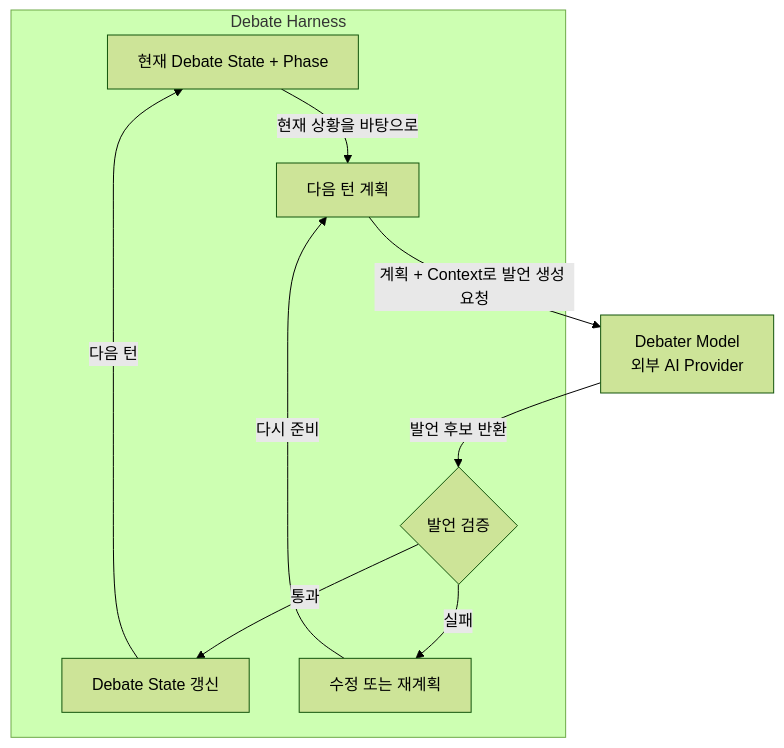
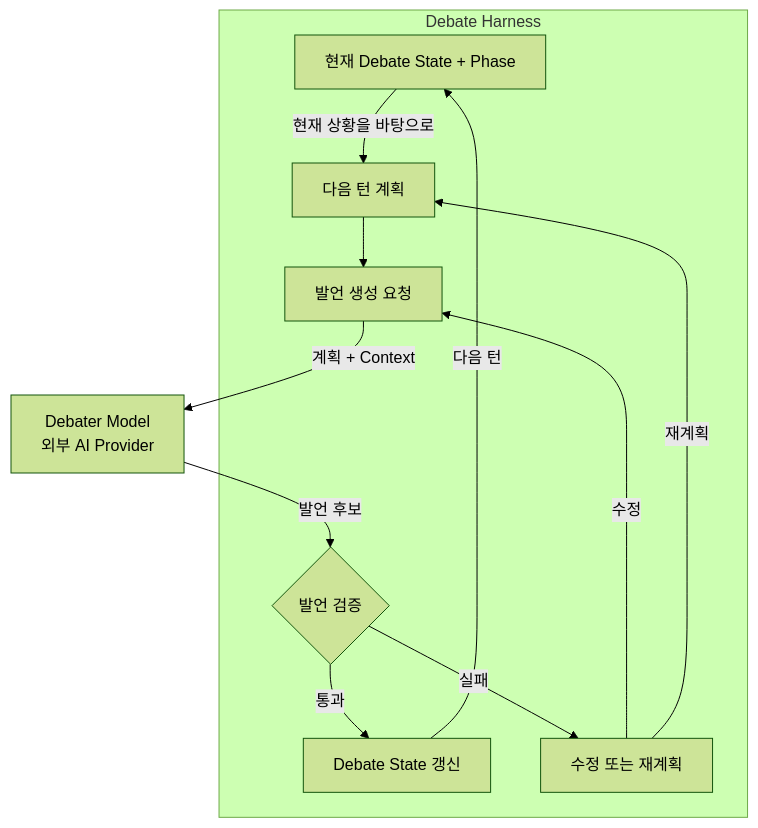
One commit to hodob/A1-3 changed the fourth of 10 diagrams in README.md. Above: the diagram before and after it, drawn with Mermaid (forest theme).

Commit message:
docs: refine Harness generation and retry flow

````diff
--- a/README.md
+++ b/README.md
@@ -197,19 +197,22 @@
 ```mermaid
 flowchart TD
     subgraph H[Debate Harness]
         S[현재 Debate State + Phase]
         P[다음 턴 계획]
+        G[발언 생성 요청]
         V{발언 검증}
         U[Debate State 갱신]
         R[수정 또는 재계획]
 
         S -->|현재 상황을 바탕으로| P
+        P --> G
         V -->|통과| U
         U -->|다음 턴| S
         V -->|실패| R
-        R -->|다시 준비| P
+        R -->|수정| G
+        R -->|재계획| P
     end
 
-    P -->|계획 + Context로 발언 생성 요청| M[Debater Model<br/>외부 AI Provider]
-    M -->|발언 후보 반환| V
+    G -->|계획 + Context| M[Debater Model<br/>외부 AI Provider]
+    M -->|발언 후보| V
 ```
````
